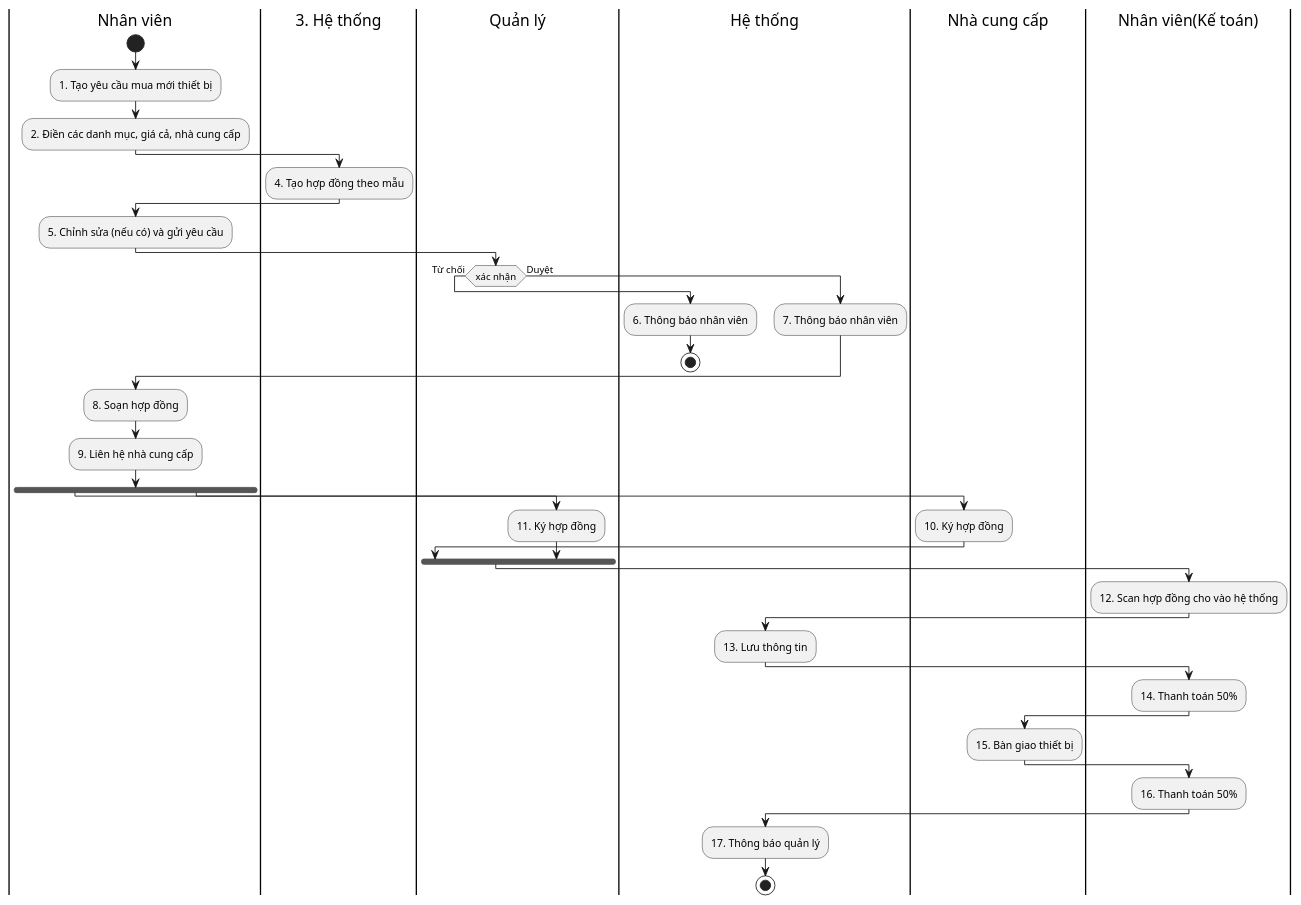
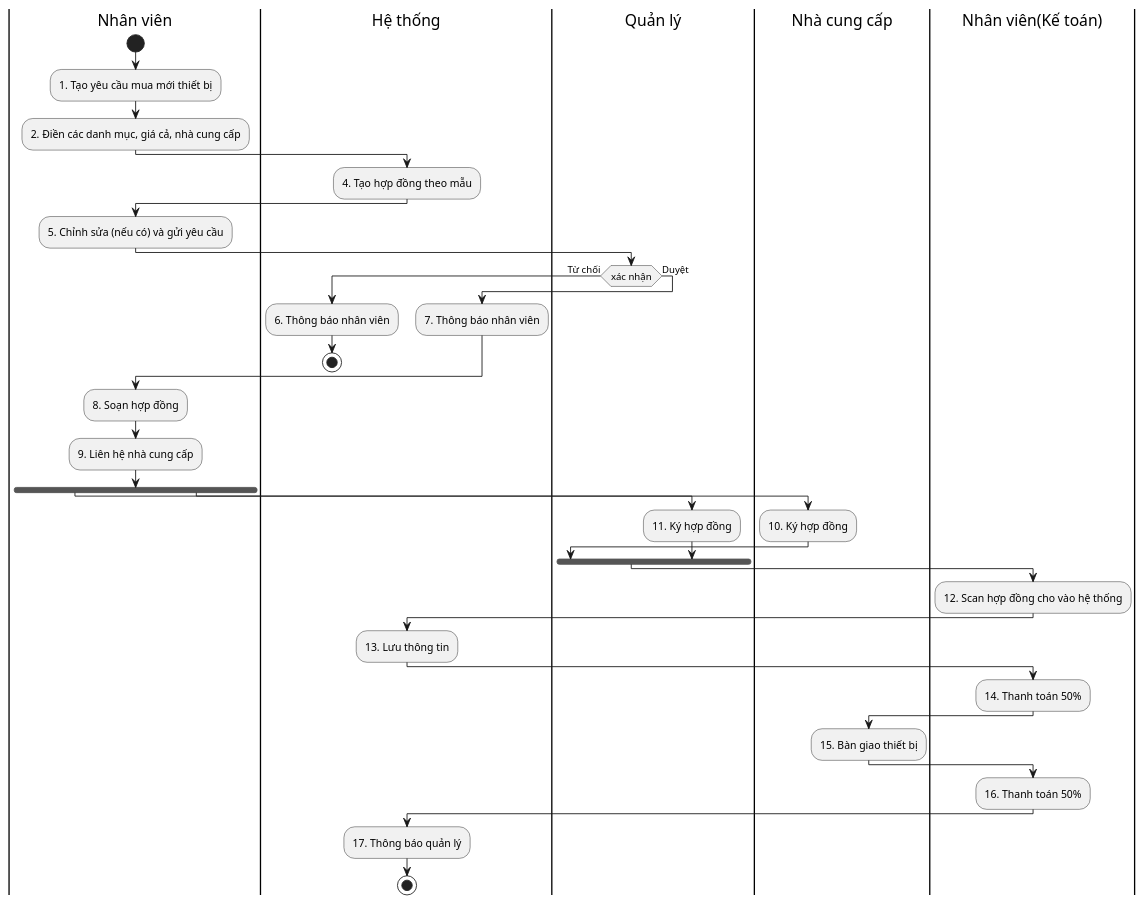
One commit to QuickyBooster/SE357-Pratice-class changed the diagram in Lab1/Lab1.2/Activity Diagram/Quản lý tài sản/Mua tài sản.plantuml. Above: the diagram before and after it, drawn with PlantUML.

Commit message:
ulti fix

```diff
--- a/Lab1/Lab1.2/Activity Diagram/Quản lý tài sản/Mua tài sản.plantuml
+++ b/Lab1/Lab1.2/Activity Diagram/Quản lý tài sản/Mua tài sản.plantuml
@@ -1,42 +1,42 @@
 @startuml
 |Nhân viên|
 start
 :1. Tạo yêu cầu mua mới thiết bị;
 :2. Điền các danh mục, giá cả, nhà cung cấp;
-|3. Hệ thống|
+|Hệ thống|
 :4. Tạo hợp đồng theo mẫu;
 |Nhân viên|
 :5. Chỉnh sửa (nếu có) và gửi yêu cầu;
 |Quản lý|
 if (xác nhận) then (Từ chối)
     |Hệ thống|
     :6. Thông báo nhân viên;
     stop
 else (Duyệt)
     |Hệ thống|
     :7. Thông báo nhân viên;
 endif
 |Nhân viên|
 :8. Soạn hợp đồng;
 :9. Liên hệ nhà cung cấp;
 fork
     |Nhà cung cấp|
     :10. Ký hợp đồng;
 fork again
     |Quản lý|
     :11. Ký hợp đồng;
 end fork
 |Nhân viên(Kế toán)|
 :12. Scan hợp đồng cho vào hệ thống;
 |Hệ thống|
 :13. Lưu thông tin;
 |Nhân viên(Kế toán)|
 :14. Thanh toán 50%;
 |Nhà cung cấp|
 :15. Bàn giao thiết bị;
 |Nhân viên(Kế toán)|
 :16. Thanh toán 50%;
 |Hệ thống|
 :17. Thông báo quản lý;
 stop
 @enduml
```
